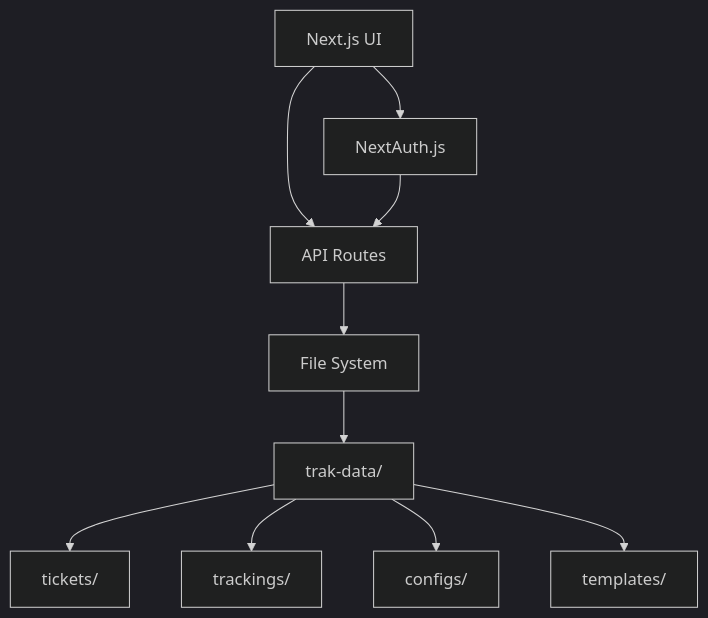
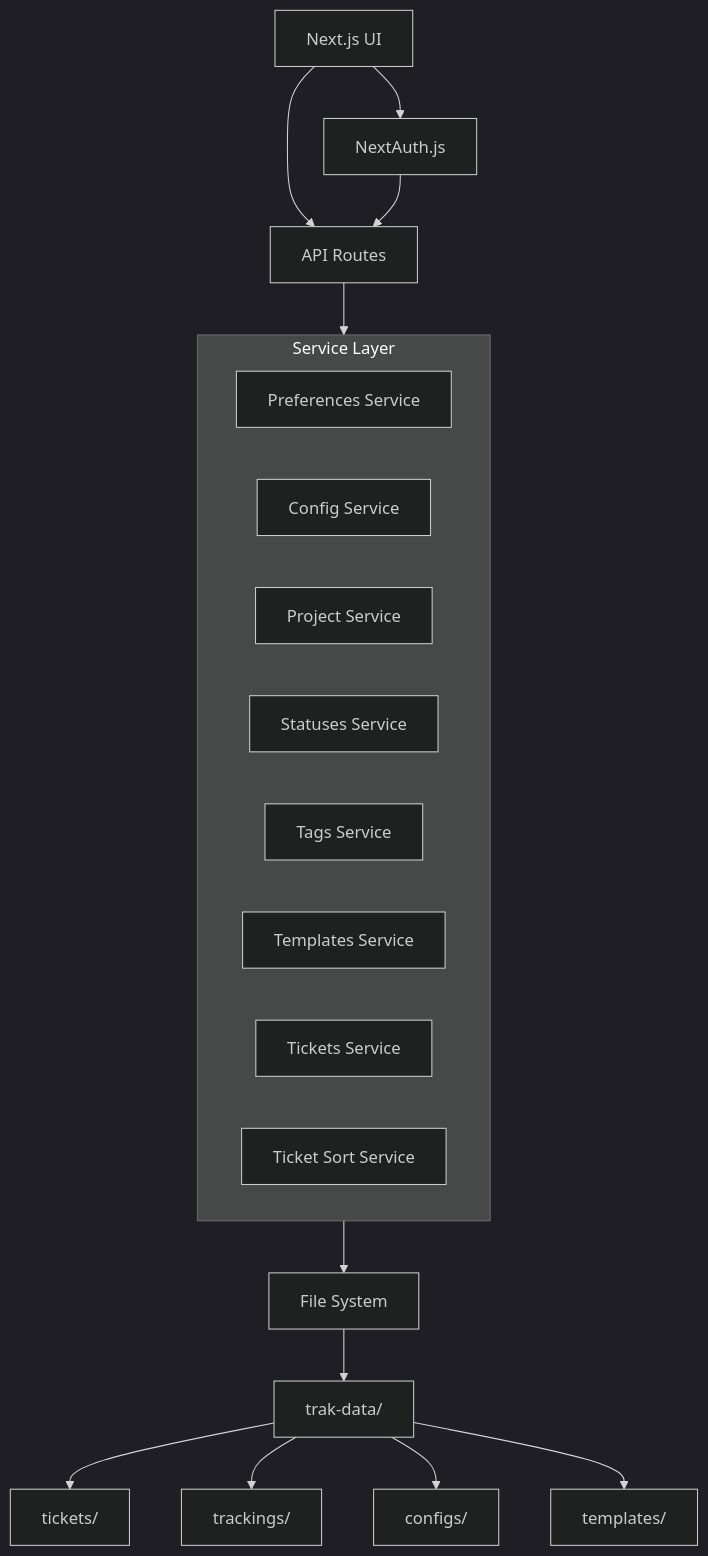
The first of 4 diagrams in 11_trak/memory-bank/systemPatterns.md (kaku3/workbooks), drawn with Mermaid (dark theme) before and after one commit. The commit also changed other lines of this file and 3 other files, not shown here.

````diff
--- a/11_trak/memory-bank/systemPatterns.md
+++ b/11_trak/memory-bank/systemPatterns.md
@@ -5,12 +5,25 @@
 ```mermaid
 flowchart TD
     UI[Next.js UI] --> Auth[NextAuth.js]
     UI --> API[API Routes]
     Auth --> API
-    API --> FS[File System]
+    
+    subgraph Services[Service Layer]
+        PS[Preferences Service]
+        CS[Config Service]
+        PJS[Project Service]
+        SS[Statuses Service]
+        TS[Tags Service]
+        TPS[Templates Service]
+        TKS[Tickets Service]
+        TSS[Ticket Sort Service]
+    end
+    
+    API --> Services
+    Services --> FS[File System]
     FS --> TD[trak-data/]
     TD --> T[tickets/]
     TD --> TR[trackings/]
     TD --> C[configs/]
     TD --> TP[templates/]
 ```
````
